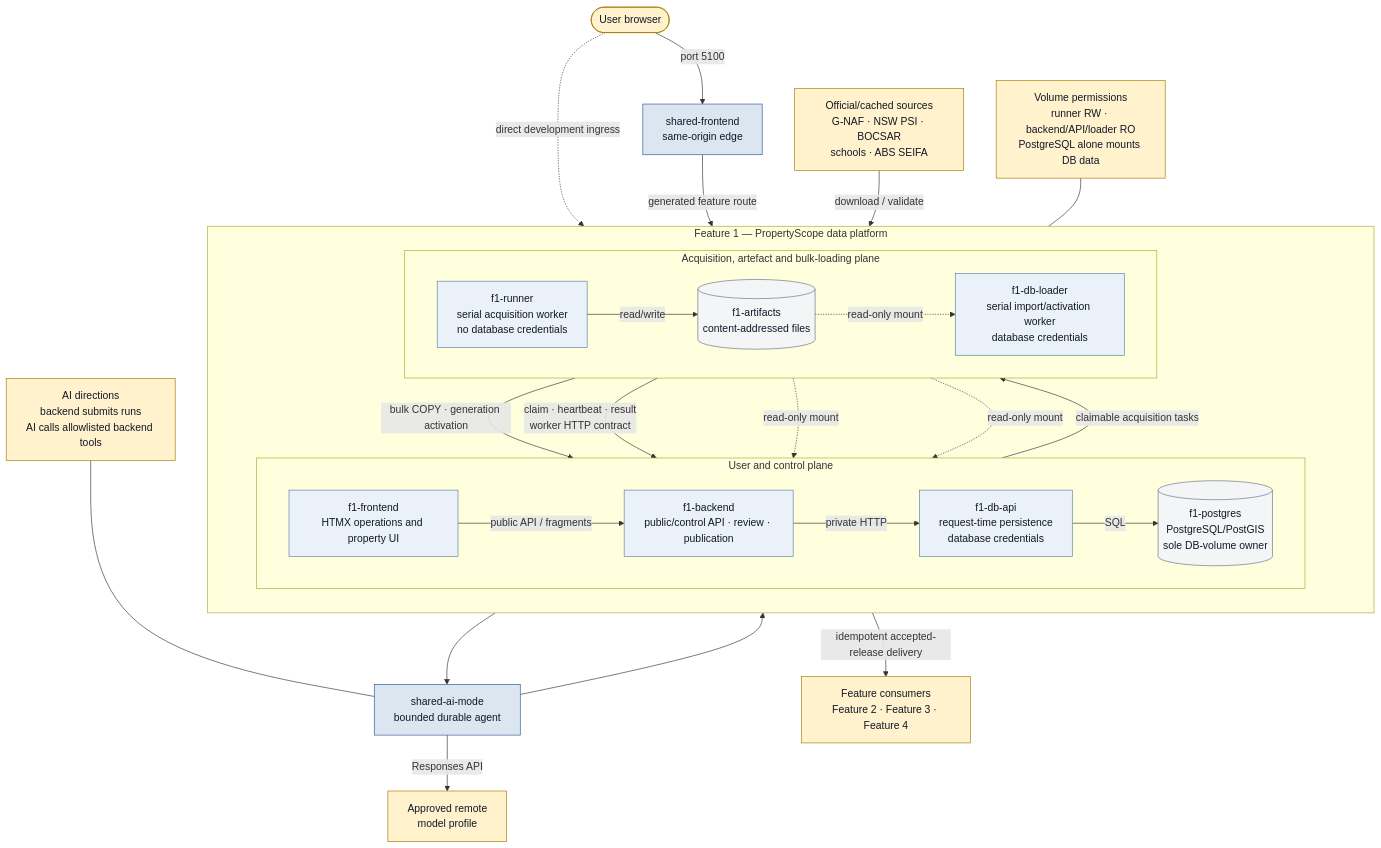
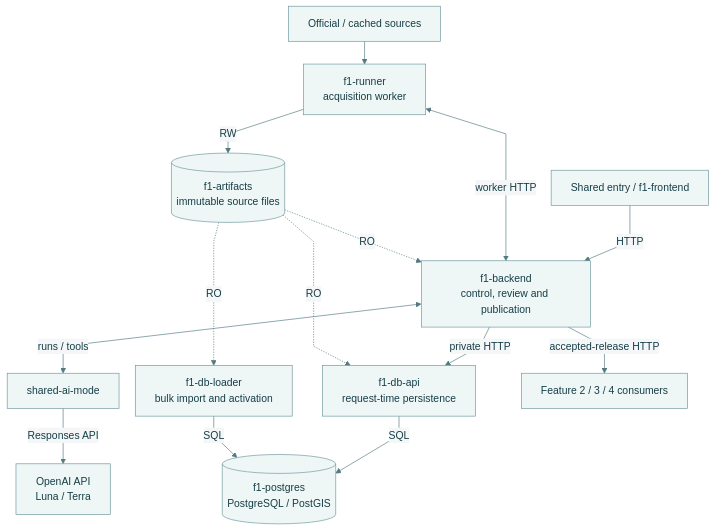
One commit to MattShelton04/41026ASDProject changed the diagram in docs/reports/diagrams/release-0/feature-1-runtime.mmd. Above: the diagram before and after it, drawn with Mermaid. The commit also changed 37 other files, not shown here.

Commit message:
docs(report): improve Release 0 content and reproducible PDF layout

```diff
--- a/docs/reports/diagrams/release-0/feature-1-runtime.mmd
+++ b/docs/reports/diagrams/release-0/feature-1-runtime.mmd
@@ -1,47 +1,15 @@
+%%{init: {"theme":"base","themeVariables":{"fontFamily":"Arial","fontSize":"16px","primaryColor":"#eff6f6","primaryBorderColor":"#6b969b","primaryTextColor":"#153e46","lineColor":"#527a80","secondaryColor":"#f4f6f8","tertiaryColor":"#ffffff"},"flowchart":{"curve":"linear","nodeSpacing":25,"rankSpacing":35}}}%%
 flowchart TB
-    user([User browser]) -->|port 5100| edge["shared-frontend<br/>same-origin edge"]
-    user -. direct development ingress .-> front
-    edge -->|generated feature route| front
-
-    subgraph f1["Feature 1 — PropertyScope data platform"]
-        direction TB
-        subgraph control["User and control plane"]
-            direction LR
-            front["f1-frontend<br/>HTMX operations and property UI"] -->|public API / fragments| back["f1-backend<br/>public/control API · review · publication"]
-            back -->|private HTTP| dbapi["f1-db-api<br/>request-time persistence<br/>database credentials"]
-            dbapi -->|SQL| pg[("f1-postgres<br/>PostgreSQL/PostGIS<br/>sole DB-volume owner")]
-        end
-
-        subgraph work["Acquisition, artefact and bulk-loading plane"]
-            direction LR
-            runner["f1-runner<br/>serial acquisition worker<br/>no database credentials"]
-            artifacts[("f1-artifacts<br/>content-addressed files")]
-            loader["f1-db-loader<br/>serial import/activation worker<br/>database credentials"]
-            runner -->|read/write| artifacts
-            artifacts -. read-only mount .-> loader
-            loader -->|bulk COPY · generation activation| pg
-        end
-
-        back -->|claimable acquisition tasks| runner
-        runner -->|claim · heartbeat · result<br/>worker HTTP contract| back
-        artifacts -. read-only mount .-> back
-        artifacts -. read-only mount .-> dbapi
-    end
-
-    sources["Official/cached sources<br/>G-NAF · NSW PSI · BOCSAR<br/>schools · ABS SEIFA"] -->|download / validate| runner
-    back --> ai["shared-ai-mode<br/>bounded durable agent"]
-    ai --> back
-    ai -->|Responses API| model["Approved remote<br/>model profile"]
-    back -->|idempotent accepted-release delivery| consumers["Feature consumers<br/>Feature 2 · Feature 3 · Feature 4"]
-
-    aitip["AI directions<br/>backend submits runs<br/>AI calls allowlisted backend tools"] --- ai
-    volumetip["Volume permissions<br/>runner RW · backend/API/loader RO<br/>PostgreSQL alone mounts DB data"] --- artifacts
-
-    classDef shared fill:#dce6f1,stroke:#2f5597,color:#111827;
-    classDef runtime fill:#eaf1f8,stroke:#5b7fa6,color:#111827;
-    classDef store fill:#f3f5f7,stroke:#6b7280,color:#111827;
-    classDef external fill:#fff2cc,stroke:#a67c00,color:#111827;
-    class edge,ai shared;
-    class front,back,runner,dbapi,loader runtime;
-    class artifacts,pg store;
-    class user,sources,model,consumers,aitip,volumetip external;
+    edge["Shared entry / f1-frontend"] -->|HTTP| back["f1-backend<br/>control, review and publication"]
+    back -->|private HTTP| db["f1-db-api<br/>request-time persistence"]
+    db -->|SQL| pg[("f1-postgres<br/>PostgreSQL / PostGIS")]
+    runner["f1-runner<br/>acquisition worker"] <-->|worker HTTP| back
+    sources["Official / cached sources"] --> runner
+    runner -->|RW| files[("f1-artifacts<br/>immutable source files")]
+    files -.->|RO| loader["f1-db-loader<br/>bulk import and activation"]
+    loader -->|SQL| pg
+    files -.->|RO| db
+    files -.->|RO| back
+    back <-->|runs / tools| ai["shared-ai-mode"]
+    ai -->|Responses API| model["OpenAI API<br/>Luna / Terra"]
+    back -->|accepted-release HTTP| consumers["Feature 2 / 3 / 4 consumers"]
```
